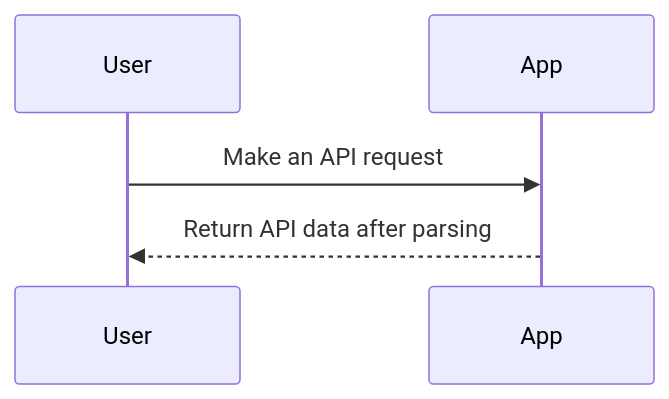
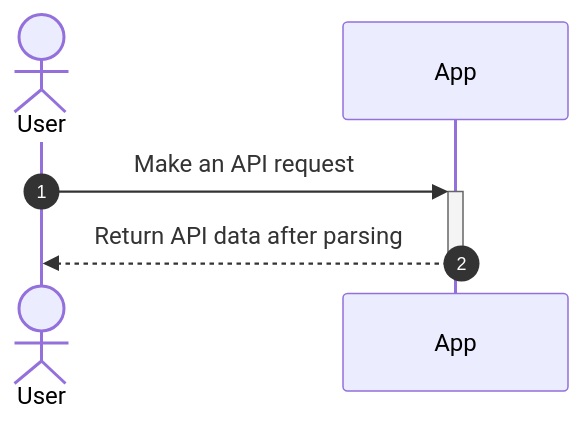
One commit to TeKrop/overfast-api changed the third of 3 diagrams in README.md. Above: the diagram before and after it, drawn with Mermaid. The commit also changed other lines of this file, not shown here.

Commit message:
Update Mermaid diagrams

````diff
--- a/README.md
+++ b/README.md
@@ -232,6 +240,8 @@
 ```mermaid
 sequenceDiagram
-    participant User
-    User->>App: Make an API request
-    App-->>User: Return API data after parsing
+    autonumber
+    actor User
+    participant App
+    User->>+App: Make an API request
+    App-->>-User: Return API data after parsing
 ```
````
